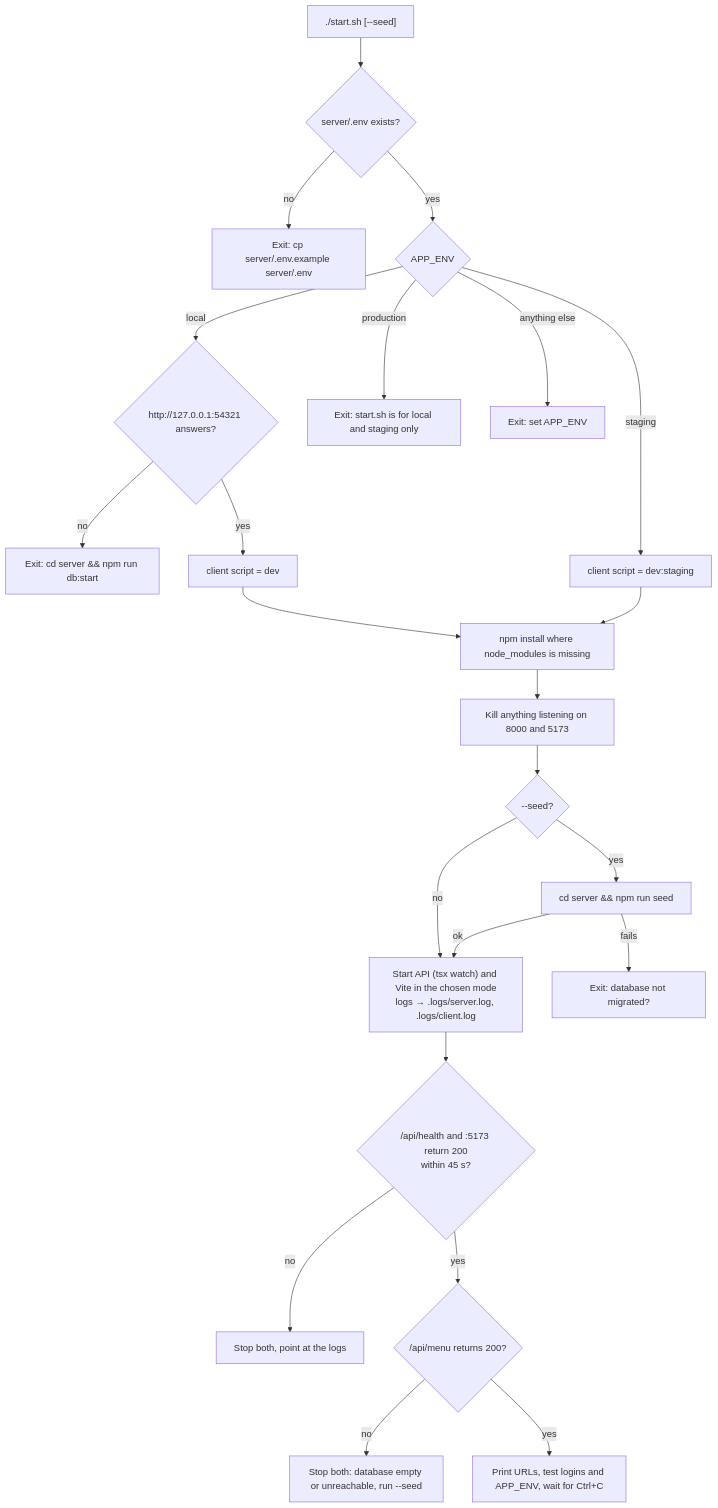
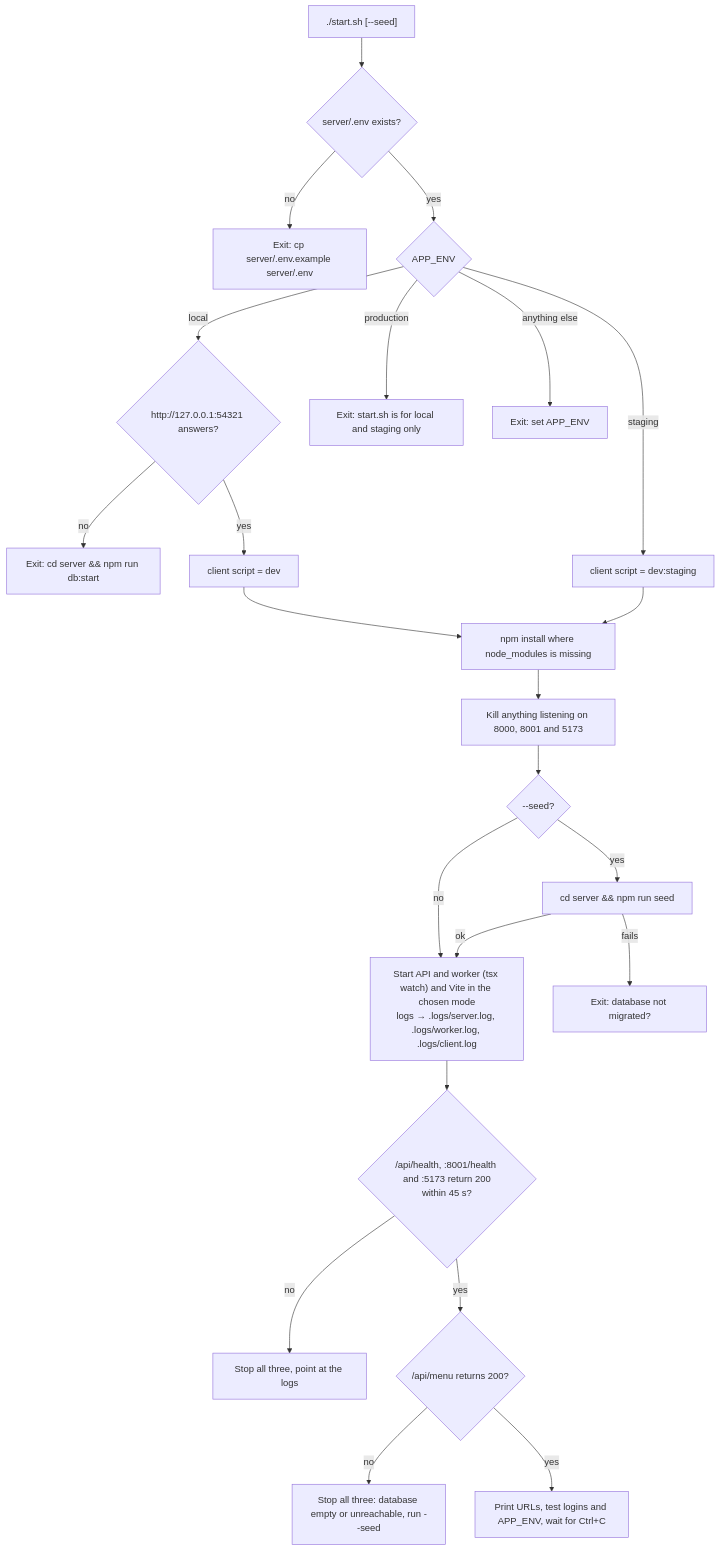
The third of 4 diagrams in docs/DEPLOYMENT.md (The-KhaNha/KhaNha), drawn with Mermaid before and after one commit. The commit also changed other lines of this file and 31 other files, not shown here.

First line of the commit message:
The worker process: queue consumers, GET /health and a graceful stop

````diff
--- a/docs/DEPLOYMENT.md
+++ b/docs/DEPLOYMENT.md
@@ -212,25 +213,25 @@
 ```mermaid
 flowchart TD
   S["./start.sh [--seed]"] --> Env{"server/.env exists?"}
   Env -->|"no"| X1["Exit: cp server/.env.example server/.env"]
   Env -->|"yes"| App{"APP_ENV"}
   App -->|"local"| Up{"http://127.0.0.1:54321 answers?"}
   Up -->|"no"| X2["Exit: cd server && npm run db:start"]
   Up -->|"yes"| ModeL["client script = dev"]
   App -->|"staging"| ModeS["client script = dev:staging"]
   App -->|"production"| X3["Exit: start.sh is for local and staging only"]
   App -->|"anything else"| X4["Exit: set APP_ENV"]
   ModeL --> Deps
   ModeS --> Deps
-  Deps["npm install where node_modules is missing"] --> Ports["Kill anything listening on 8000 and 5173"]
+  Deps["npm install where node_modules is missing"] --> Ports["Kill anything listening on 8000, 8001 and 5173"]
   Ports --> Seed{"--seed?"}
   Seed -->|"yes"| RunSeed["cd server && npm run seed"]
   Seed -->|"no"| Start
   RunSeed -->|"fails"| X5["Exit: database not migrated?"]
   RunSeed -->|"ok"| Start
-  Start["Start API (tsx watch) and Vite in the chosen mode<br/>logs → .logs/server.log, .logs/client.log"] --> Wait{"/api/health and :5173 return 200<br/>within 45 s?"}
-  Wait -->|"no"| X6["Stop both, point at the logs"]
+  Start["Start API and worker (tsx watch) and Vite in the chosen mode<br/>logs → .logs/server.log, .logs/worker.log, .logs/client.log"] --> Wait{"/api/health, :8001/health and :5173 return 200<br/>within 45 s?"}
+  Wait -->|"no"| X6["Stop all three, point at the logs"]
   Wait -->|"yes"| Menu{"/api/menu returns 200?"}
-  Menu -->|"no"| X7["Stop both: database empty or unreachable, run --seed"]
+  Menu -->|"no"| X7["Stop all three: database empty or unreachable, run --seed"]
   Menu -->|"yes"| Ready["Print URLs, test logins and APP_ENV, wait for Ctrl+C"]
 ```
````
